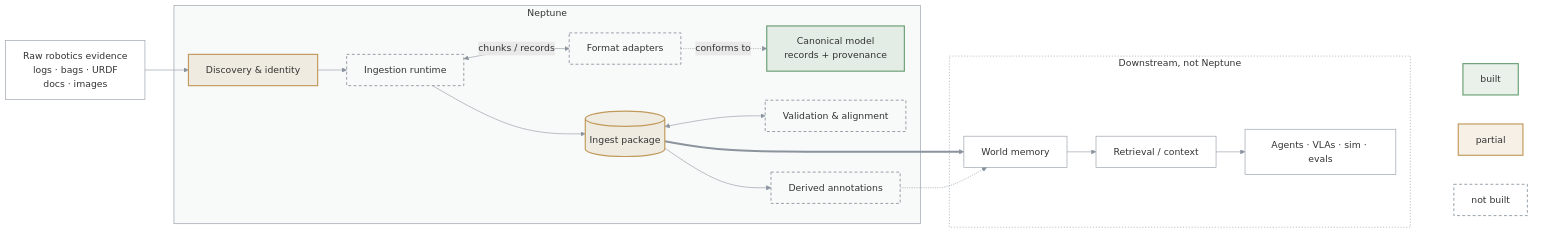
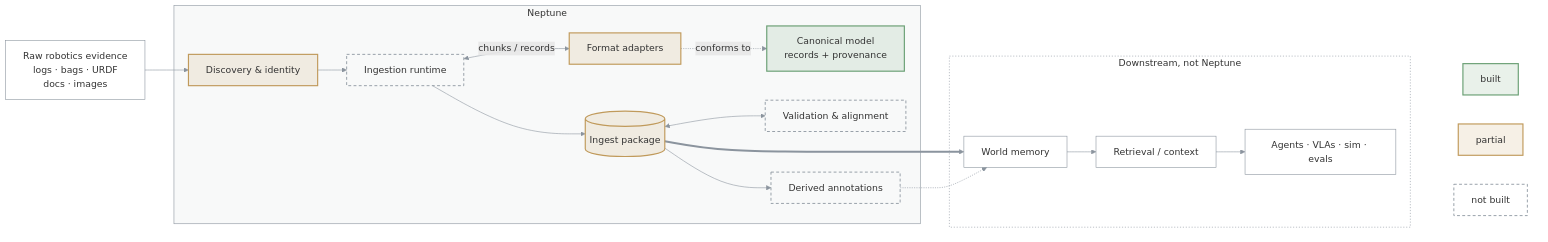
Before and after one commit to bennytay/neptune: the diagram in ARCHITECTURE.md, drawn with Mermaid. The commit also changed 3 other files, not shown here.

````diff
--- a/ARCHITECTURE.md
+++ b/ARCHITECTURE.md
@@ -3,49 +3,49 @@
 ```mermaid
 flowchart LR
   RAW["Raw robotics evidence<br/>logs · bags · URDF<br/>docs · images"]
 
   subgraph N["Neptune"]
     DISC["Discovery &amp; identity"]
     RT["Ingestion runtime"]
     AD["Format adapters"]
     CAN["Canonical model<br/>records + provenance"]
     PKG[("Ingest package")]
     VAL["Validation &amp; alignment"]
     DER["Derived annotations"]
   end
 
   subgraph D["Downstream, not Neptune"]
     MEM["World memory"]
     RET["Retrieval / context"]
     USE["Agents · VLAs · sim · evals"]
   end
 
   RAW --> DISC --> RT
   RT <-->|chunks / records| AD
   AD -.->|conforms to| CAN
   RT --> PKG
   PKG <--> VAL
   PKG --> DER
   PKG ==> MEM --> RET --> USE
   DER -.-> MEM
 
   subgraph KEY[" "]
     K1["built"]
     K2["partial"]
     K3["not built"]
   end
   USE ~~~ K1 & K2 & K3
 
   classDef built fill:#6a9f7426,stroke:#6a9f74,stroke-width:2px
   classDef partial fill:#c09a5b26,stroke:#c09a5b,stroke-width:2px
   classDef todo fill:none,stroke:#8b949e,stroke-width:1.5px,stroke-dasharray:5 4
   classDef ext fill:none,stroke:#8b949e,stroke-width:1px
   class CAN,K1 built
-  class DISC,PKG,K2 partial
-  class RT,AD,VAL,DER,K3 todo
+  class DISC,AD,PKG,K2 partial
+  class RT,VAL,DER,K3 todo
   class RAW,MEM,RET,USE ext
   style N fill:#8b949e0f,stroke:#8b949e
   style D fill:none,stroke:#8b949e,stroke-dasharray:2 3
   style KEY fill:none,stroke:none
   linkStyle default stroke:#8b949e
 ```
````
